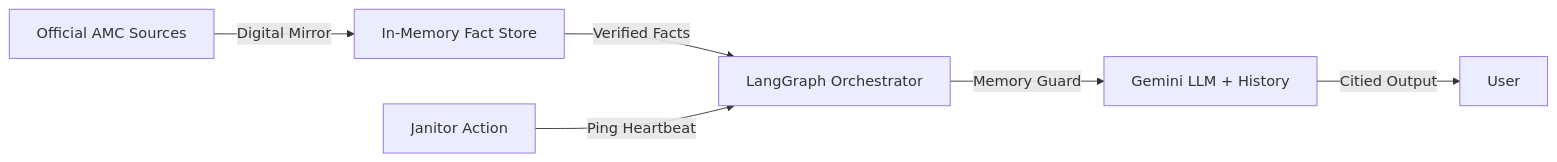
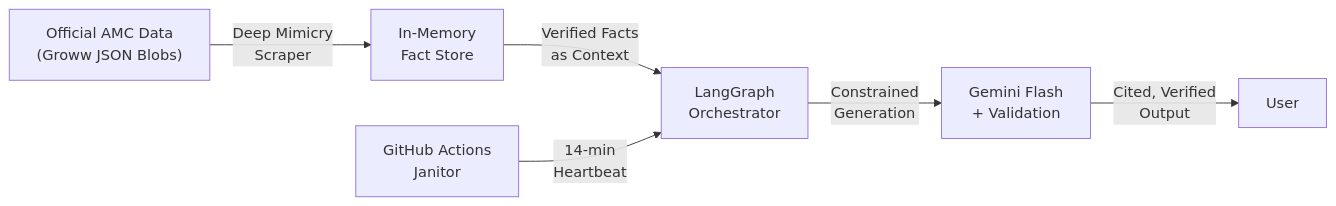
The first of 2 diagrams in README.md (puneet225/MF_rag_chatbot), drawn with Mermaid before and after one commit. The commit also changed other lines of this file, not shown here.

````diff
--- a/README.md
+++ b/README.md
@@ -21,8 +35,8 @@
 ```mermaid
 graph LR
-    A[Official AMC Sources] -->|Digital Mirror| B[In-Memory Fact Store]
-    B -->|Verified Facts| C[LangGraph Orchestrator]
-    C -->|Memory Guard| D[Gemini LLM + History]
-    D -->|Citied Output| E[User]
-    F[Janitor Action] -->|Ping Heartbeat| C
+    A["Official AMC Data<br/>(Groww JSON Blobs)"] -->|"Deep Mimicry<br/>Scraper"| B["In-Memory<br/>Fact Store"]
+    B -->|"Verified Facts<br/>as Context"| C["LangGraph<br/>Orchestrator"]
+    C -->|"Constrained<br/>Generation"| D["Gemini Flash<br/>+ Validation"]
+    D -->|"Cited, Verified<br/>Output"| E["User"]
+    F["GitHub Actions<br/>Janitor"] -->|"14-min<br/>Heartbeat"| C
 ```
````
